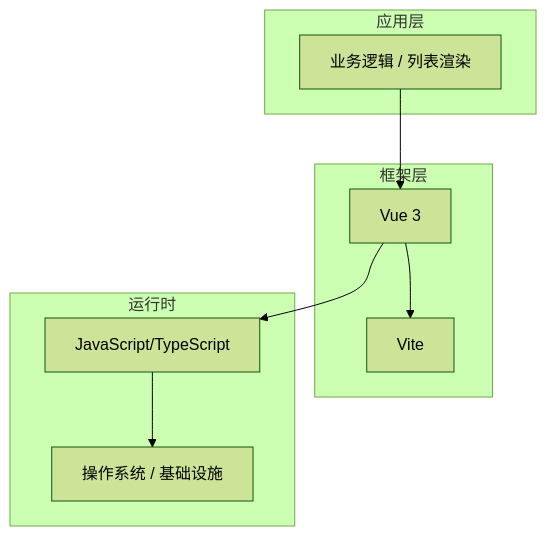
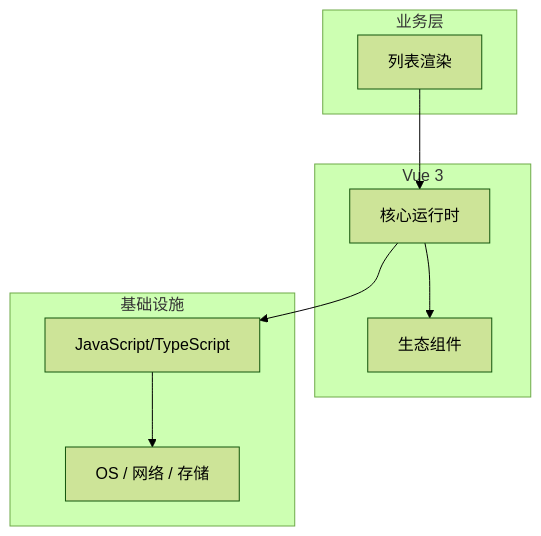
One commit to yanggan2015/knowledge-json-v2 changed the diagram in articles/Vue/chapters/043-列表渲染核心概念与原理.md. Above: the diagram before and after it, drawn with Mermaid (forest theme). The commit also changed other lines of this file and 10127 other files, not shown here.

````diff
--- a/articles/Vue/chapters/043-列表渲染核心概念与原理.md
+++ b/articles/Vue/chapters/043-列表渲染核心概念与原理.md
@@ -45,18 +34,18 @@
 ```mermaid
 graph TB
-    subgraph 应用层
-        A[业务逻辑 / 列表渲染]
+    subgraph 业务层
+        A[列表渲染]
     end
-    subgraph 框架层
-        B[Vue 3]
-        C[Vite]
+    subgraph Vue 3
+        B[核心运行时]
+        C[生态组件]
     end
-    subgraph 运行时
+    subgraph 基础设施
         D[JavaScript/TypeScript]
-        E[操作系统 / 基础设施]
+        E[OS / 网络 / 存储]
     end
     A --> B
     B --> C
     B --> D
     D --> E
 ```
````
